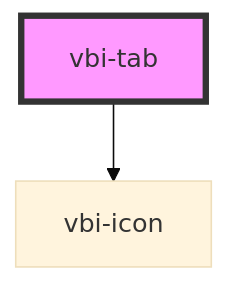
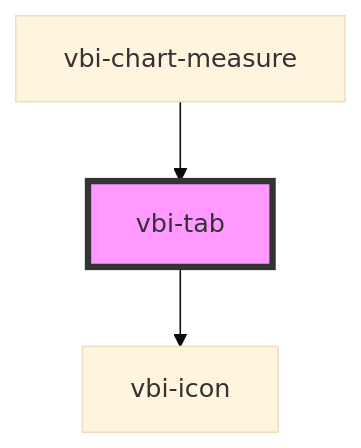
One commit to Ditto190/VBI-modme changed the diagram in packages/vbi-component/src/components/ui/vbi-tab/readme.md. Above: the diagram before and after it, drawn with Mermaid (base theme). The commit also changed other lines of this file and 16 other files, not shown here.

Commit message:
feat(vbi-component): add measure format panel

````diff
--- a/packages/vbi-component/src/components/ui/vbi-tab/readme.md
+++ b/packages/vbi-component/src/components/ui/vbi-tab/readme.md
@@ -32,5 +37,6 @@
 ```mermaid
 graph TD;
   vbi-tab --> vbi-icon
+  vbi-chart-measure --> vbi-tab
   style vbi-tab fill:#f9f,stroke:#333,stroke-width:4px
 ```
````
